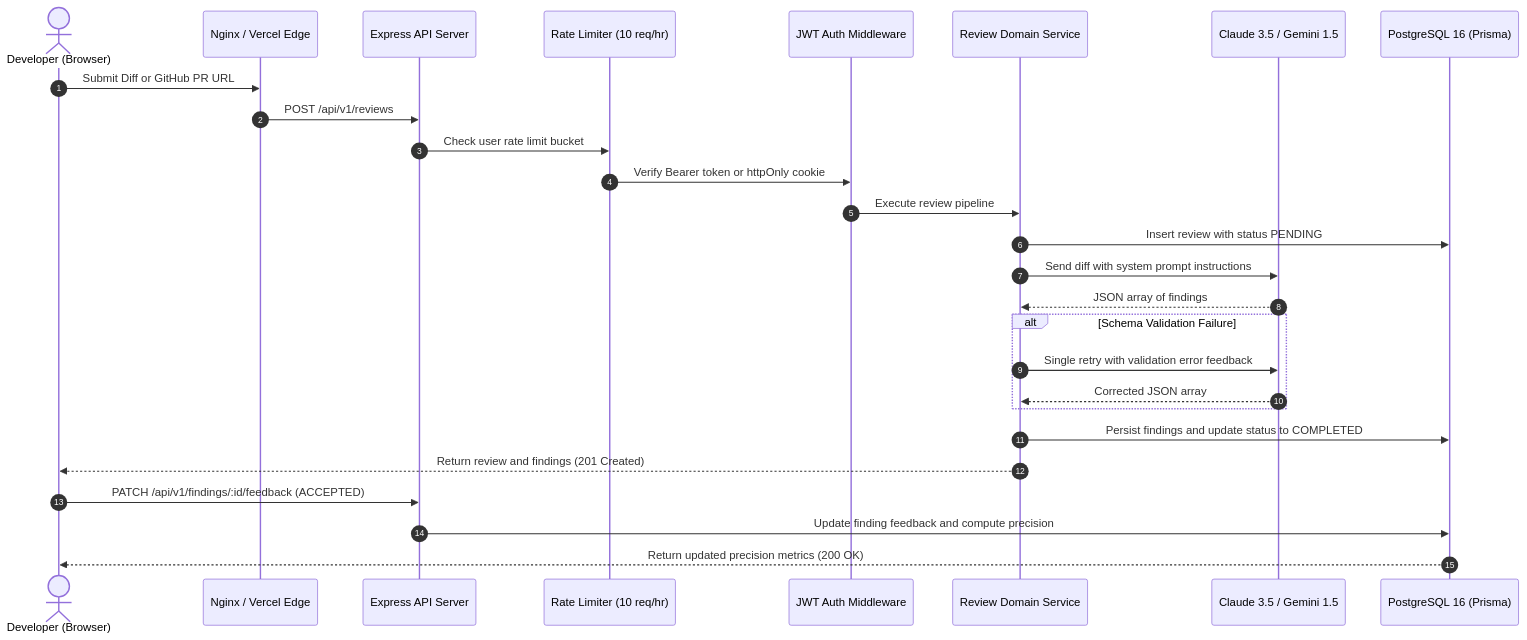
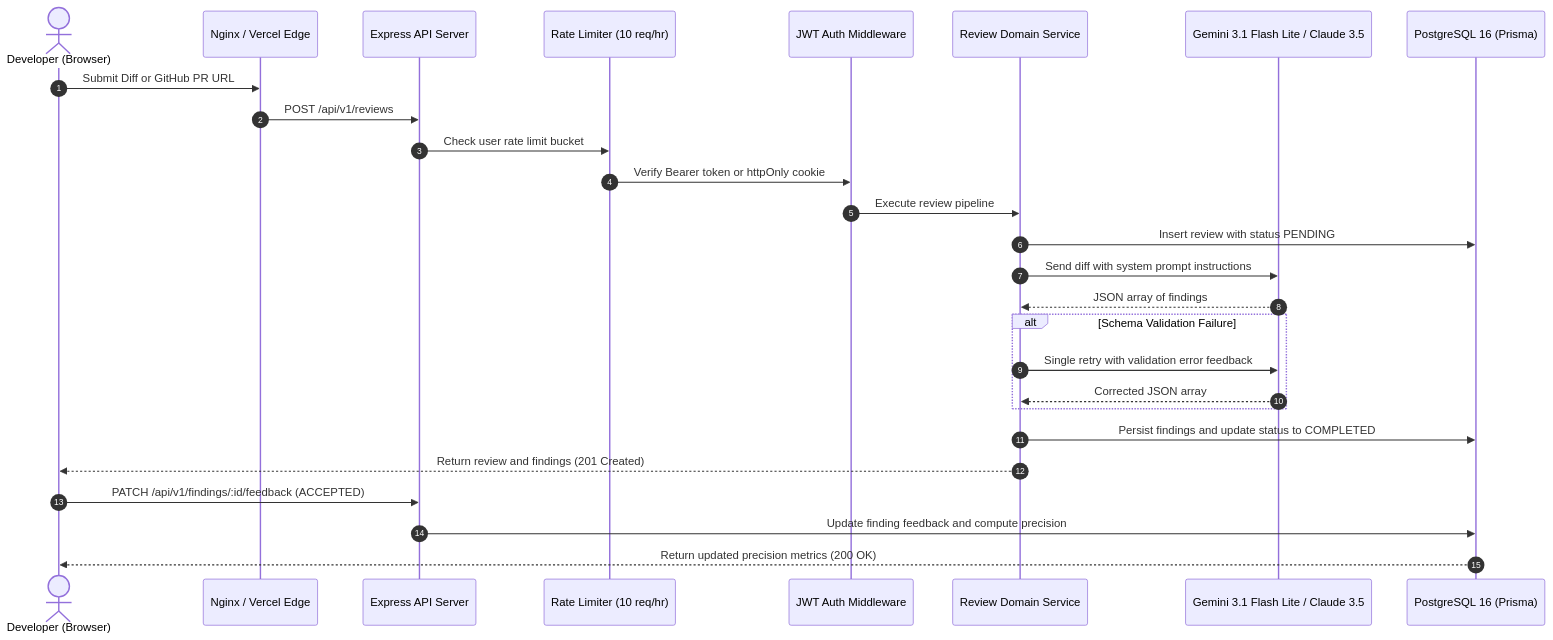
The diagram in README.md (Raghunath2604/review_pilot), drawn with Mermaid before and after one commit. The commit also changed other lines of this file, not shown here.

Commit message:
docs: update active Cloudflare health endpoint and real Gemini 3.1 architecture

````diff
--- a/README.md
+++ b/README.md
@@ -32,33 +32,33 @@
 ```mermaid
 sequenceDiagram
     autonumber
     actor Dev as Developer (Browser)
     participant Gateway as Nginx / Vercel Edge
     participant API as Express API Server
     participant Limiter as Rate Limiter (10 req/hr)
     participant Auth as JWT Auth Middleware
     participant ReviewSvc as Review Domain Service
-    participant LLM as Claude 3.5 / Gemini 1.5
+    participant LLM as Gemini 3.1 Flash Lite / Claude 3.5
     participant DB as PostgreSQL 16 (Prisma)
 
     Dev->>Gateway: Submit Diff or GitHub PR URL
     Gateway->>API: POST /api/v1/reviews
     API->>Limiter: Check user rate limit bucket
     Limiter->>Auth: Verify Bearer token or httpOnly cookie
     Auth->>ReviewSvc: Execute review pipeline
     ReviewSvc->>DB: Insert review with status PENDING
     ReviewSvc->>LLM: Send diff with system prompt instructions
     LLM-->>ReviewSvc: JSON array of findings
     
     alt Schema Validation Failure
         ReviewSvc->>LLM: Single retry with validation error feedback
         LLM-->>ReviewSvc: Corrected JSON array
     end
 
     ReviewSvc->>DB: Persist findings and update status to COMPLETED
     ReviewSvc-->>Dev: Return review and findings (201 Created)
     
     Dev->>API: PATCH /api/v1/findings/:id/feedback (ACCEPTED)
     API->>DB: Update finding feedback and compute precision
     DB-->>Dev: Return updated precision metrics (200 OK)
 ```
````
